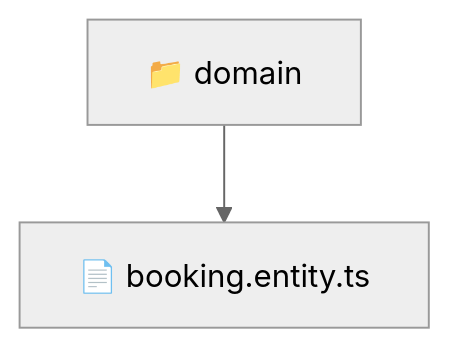
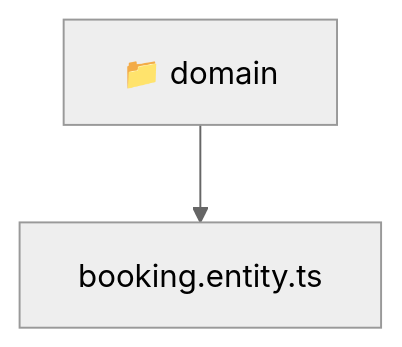
One commit to beginwebdev2002/fullstack-mavluda changed the diagram in backend/src/modules/booking/domain/README.md. Above: the diagram before and after it, drawn with Mermaid (neutral theme). The commit also changed other lines of this file and 167 other files, not shown here.

````diff
--- a/backend/src/modules/booking/domain/README.md
+++ b/backend/src/modules/booking/domain/README.md
@@ -9,5 +9,6 @@
 ```mermaid
 graph TD
-  Root["📁 domain"]
-  Root --> booking_entity_ts["📄 booking.entity.ts"]
+  Root_domain["📁 domain"]
+  f_booking_entity_ts["booking.entity.ts"]
+  Root_domain --> f_booking_entity_ts
 ```
````
